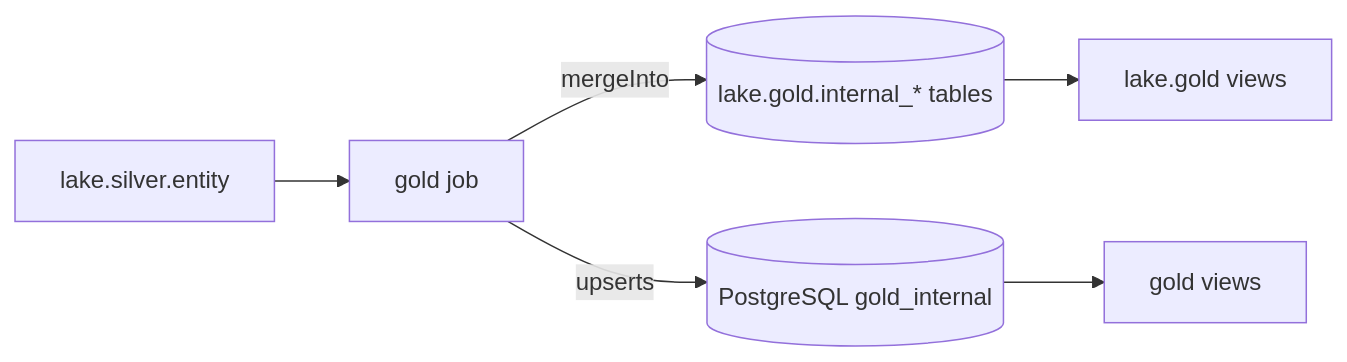
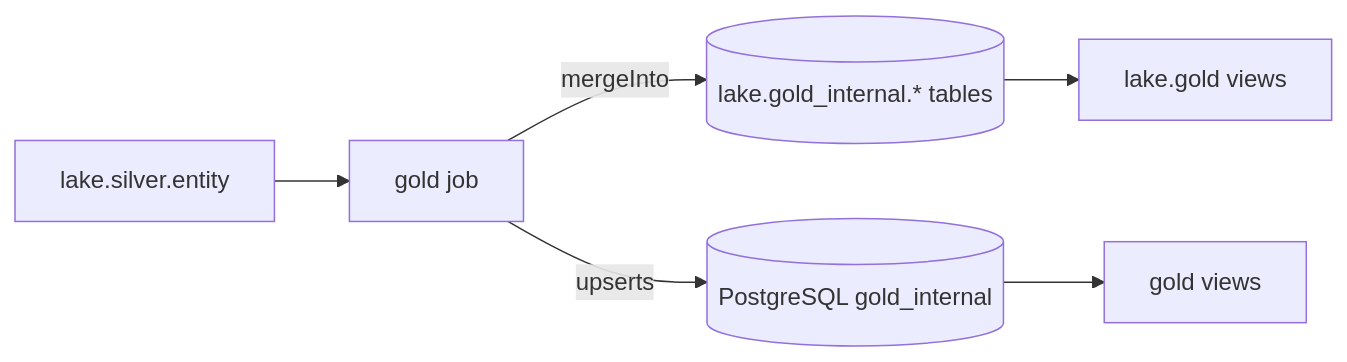
One commit to jonathan5p/deel-home-task changed the fourth of 4 diagrams in docs/lakehouse/gold/writer.md. Above: the diagram before and after it, drawn with Mermaid. The commit also changed other lines of this file and 6 other files, not shown here.

Commit message:
docs(gold): name the lake gold tables lake.gold_internal, as in PostgreSQL

````diff
--- a/docs/lakehouse/gold/writer.md
+++ b/docs/lakehouse/gold/writer.md
@@ -197,8 +197,8 @@
 ```mermaid
 flowchart LR
     S[lake.silver.entity] --> J[gold job]
-    J -- mergeInto --> T[(lake.gold.internal_* tables)]
+    J -- mergeInto --> T[(lake.gold_internal.* tables)]
     J -- upserts --> P[(PostgreSQL gold_internal)]
     T --> V[lake.gold views]
     P --> G[gold views]
 ```
````
